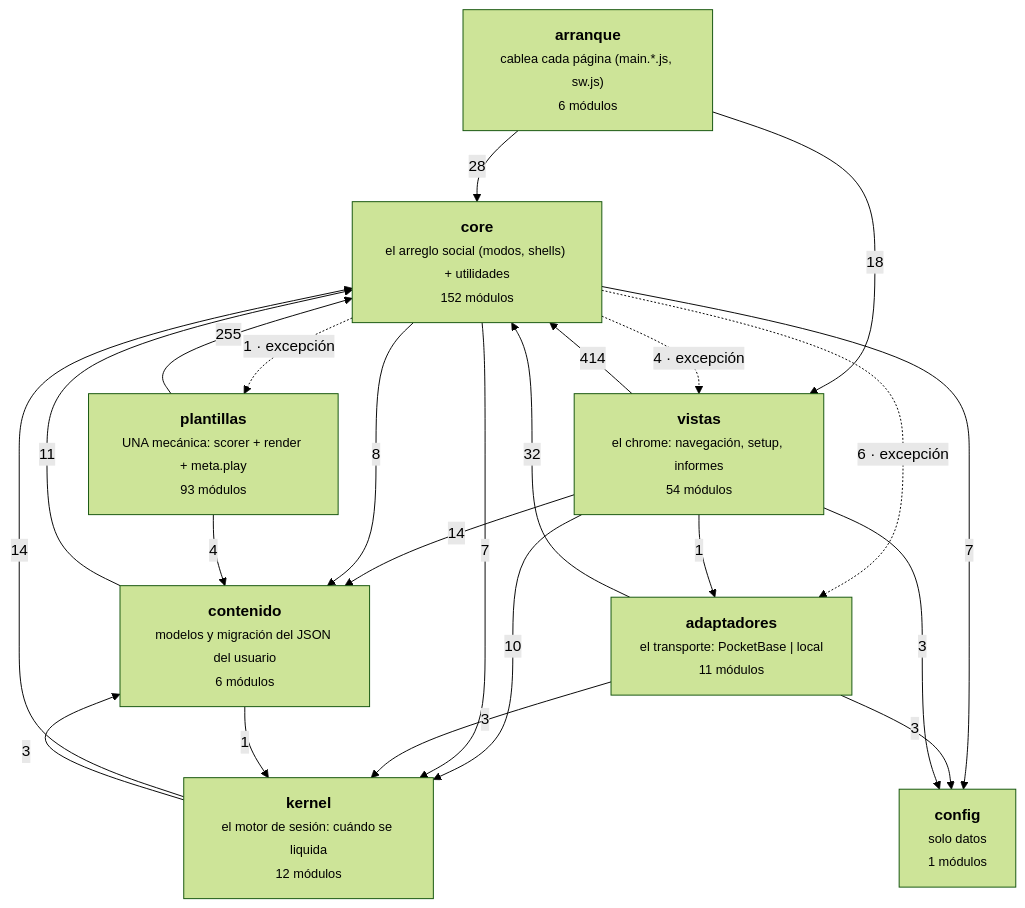
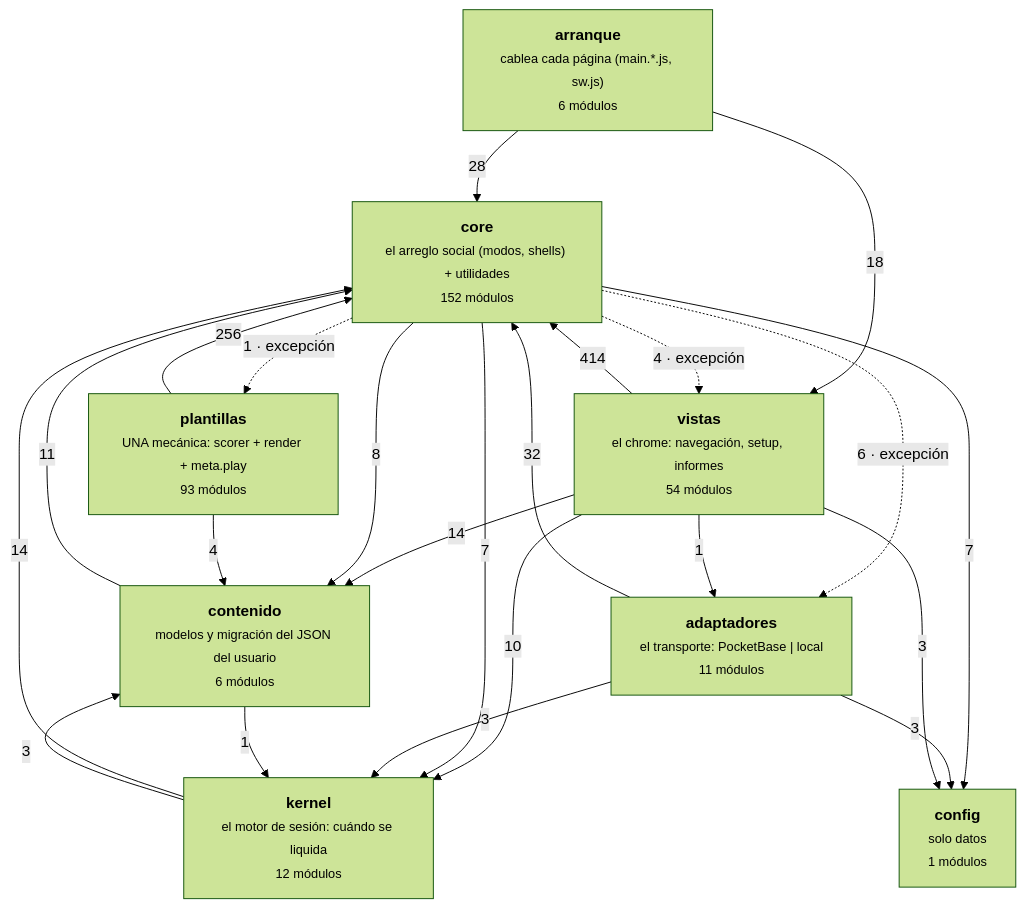
Before and after one commit to duecaz/ac: the diagram in docs/arquitectura-modulos.md, drawn with Mermaid (forest theme). The commit also changed other lines of this file and 13 other files, not shown here.

````diff
--- a/docs/arquitectura-modulos.md
+++ b/docs/arquitectura-modulos.md
@@ -56,33 +56,33 @@
 ```mermaid
 graph TD
   A["<b>arranque</b><br/><small>cablea cada página (main.*.js, sw.js)</small><br/><small>6 módulos</small>"]
   V["<b>vistas</b><br/><small>el chrome: navegación, setup, informes</small><br/><small>54 módulos</small>"]
   AD["<b>adaptadores</b><br/><small>el transporte: PocketBase | local</small><br/><small>11 módulos</small>"]
   C["<b>core</b><br/><small>el arreglo social (modos, shells) + utilidades</small><br/><small>152 módulos</small>"]
   K["<b>kernel</b><br/><small>el motor de sesión: cuándo se liquida</small><br/><small>12 módulos</small>"]
   T["<b>plantillas</b><br/><small>UNA mecánica: scorer + render + meta.play</small><br/><small>93 módulos</small>"]
   CO["<b>contenido</b><br/><small>modelos y migración del JSON del usuario</small><br/><small>6 módulos</small>"]
   CF["<b>config</b><br/><small>solo datos</small><br/><small>1 módulos</small>"]
   V -->|414| C
-  T -->|255| C
+  T -->|256| C
   AD -->|32| C
   A -->|28| C
   A -->|18| V
   K -->|14| C
   V -->|14| CO
   CO -->|11| C
   V -->|10| K
   C -->|8| CO
   C -->|7| K
   C -->|7| CF
   C -.->|6 · excepción| AD
   C -.->|4 · excepción| V
   T -->|4| CO
   AD -->|3| CF
   AD -->|3| K
   K -->|3| CO
   V -->|3| CF
   C -.->|1 · excepción| T
   CO -->|1| K
   V -->|1| AD
 ```
````
